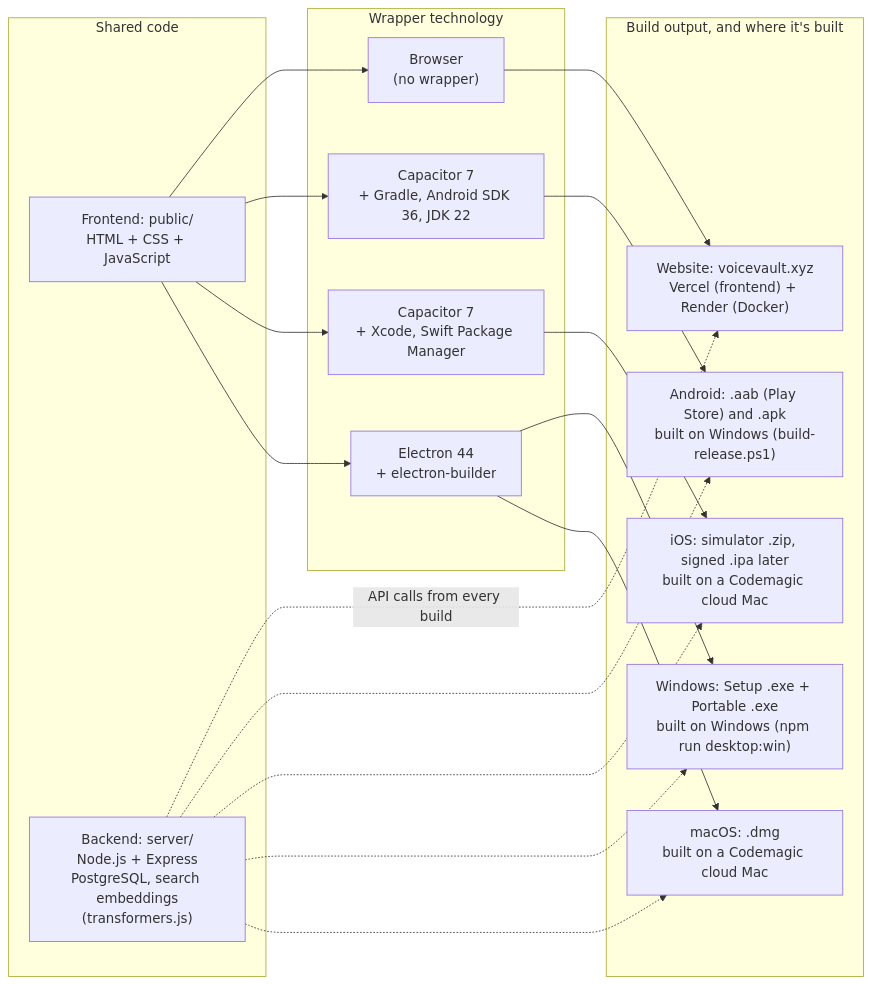
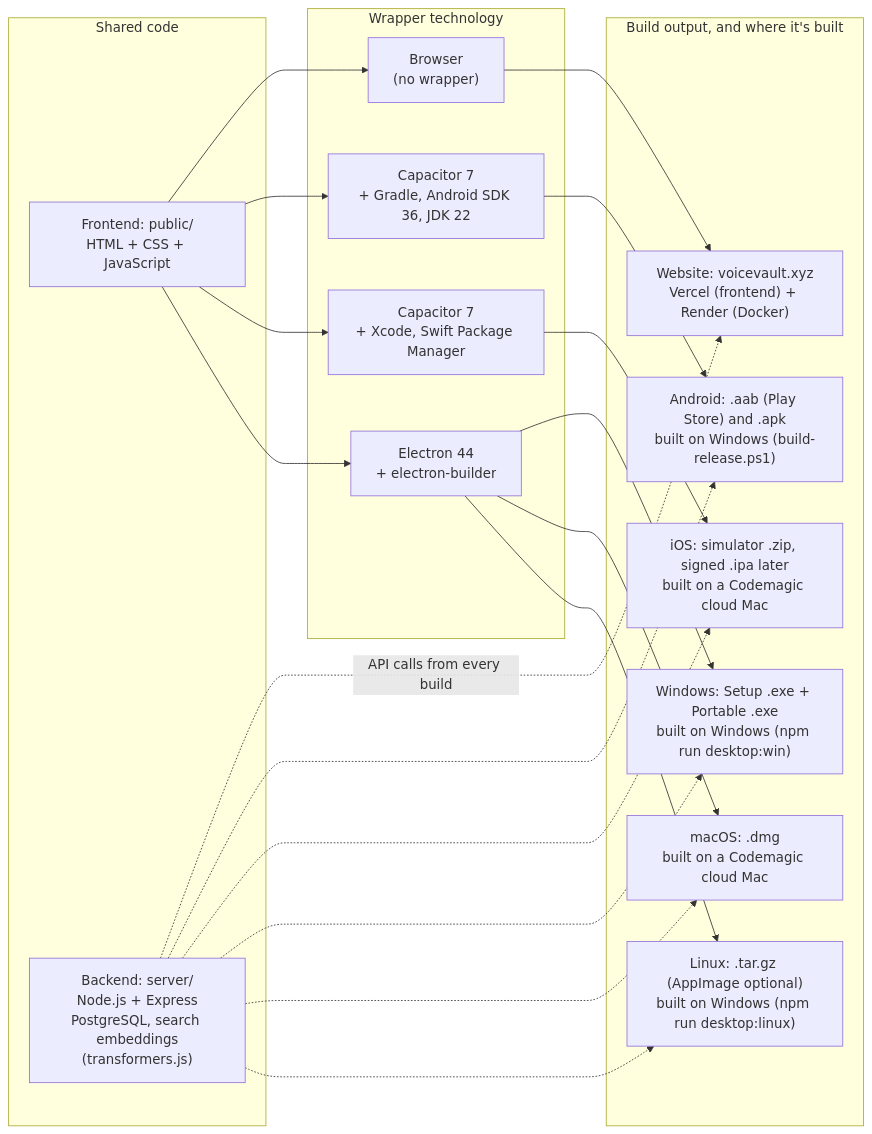
One commit to 1218Anubhavmishra/NoteVault changed the diagram in NoteVault_Edits_made.md. Above: the diagram before and after it, drawn with Mermaid. The commit also changed 5 other files, not shown here.

Commit message:
Add Linux desktop build (tar.gz, AppImage) and Linux to the tech/build map

````diff
--- a/NoteVault_Edits_made.md
+++ b/NoteVault_Edits_made.md
@@ -57,33 +57,36 @@
 ```mermaid
 flowchart LR
   subgraph Shared["Shared code"]
     FE["Frontend: public/<br/>HTML + CSS + JavaScript"]
     BE["Backend: server/<br/>Node.js + Express<br/>PostgreSQL, search embeddings<br/>(transformers.js)"]
   end
 
   subgraph Wrappers["Wrapper technology"]
     WEB["Browser<br/>(no wrapper)"]
     CAPA["Capacitor 7<br/>+ Gradle, Android SDK 36, JDK 22"]
     CAPI["Capacitor 7<br/>+ Xcode, Swift Package Manager"]
     ELE["Electron 44<br/>+ electron-builder"]
   end
 
   subgraph Builds["Build output, and where it's built"]
     W["Website: voicevault.xyz<br/>Vercel (frontend) + Render (Docker)"]
     A["Android: .aab (Play Store) and .apk<br/>built on Windows (build-release.ps1)"]
     I["iOS: simulator .zip, signed .ipa later<br/>built on a Codemagic cloud Mac"]
     D["Windows: Setup .exe + Portable .exe<br/>built on Windows (npm run desktop:win)"]
     M["macOS: .dmg<br/>built on a Codemagic cloud Mac"]
+    L["Linux: .tar.gz (AppImage optional)<br/>built on Windows (npm run desktop:linux)"]
   end
 
   FE --> WEB --> W
   FE --> CAPA --> A
   FE --> CAPI --> I
   FE --> ELE --> D
   ELE --> M
+  ELE --> L
   BE -. "API calls from every build" .-> W
   BE -.-> A
   BE -.-> I
   BE -.-> D
   BE -.-> M
+  BE -.-> L
 ```
````
